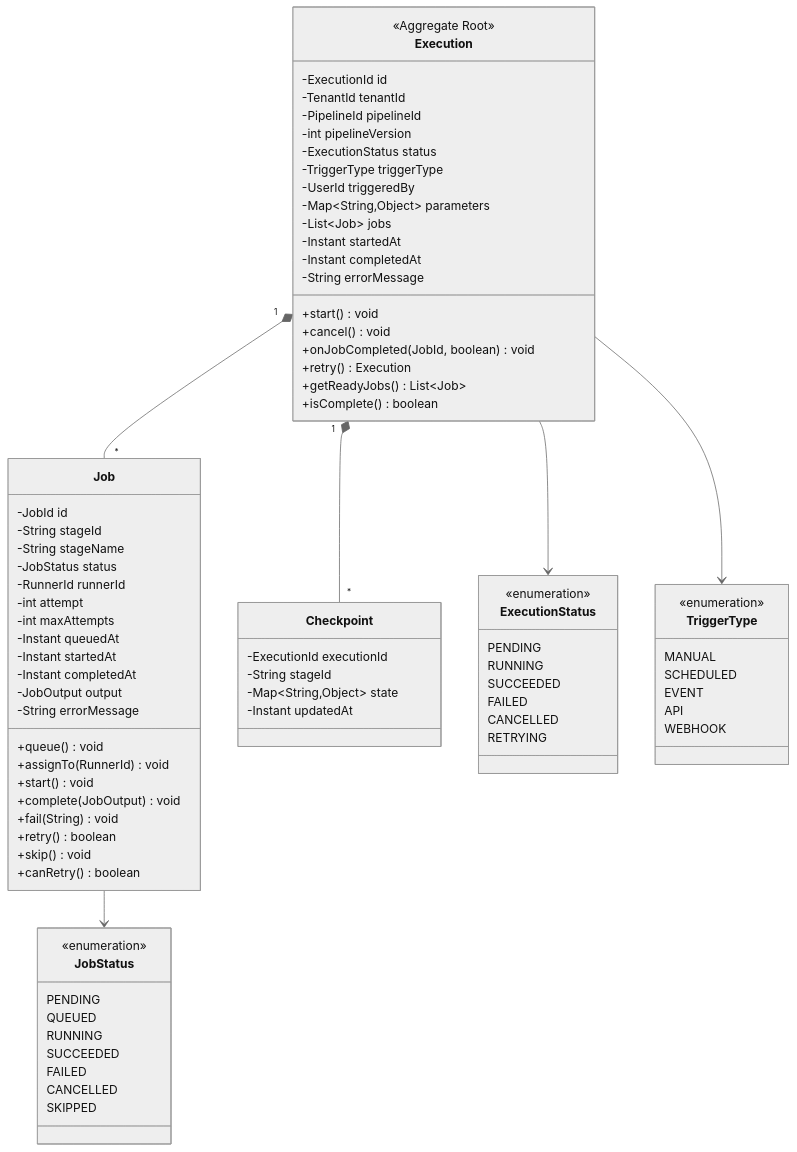
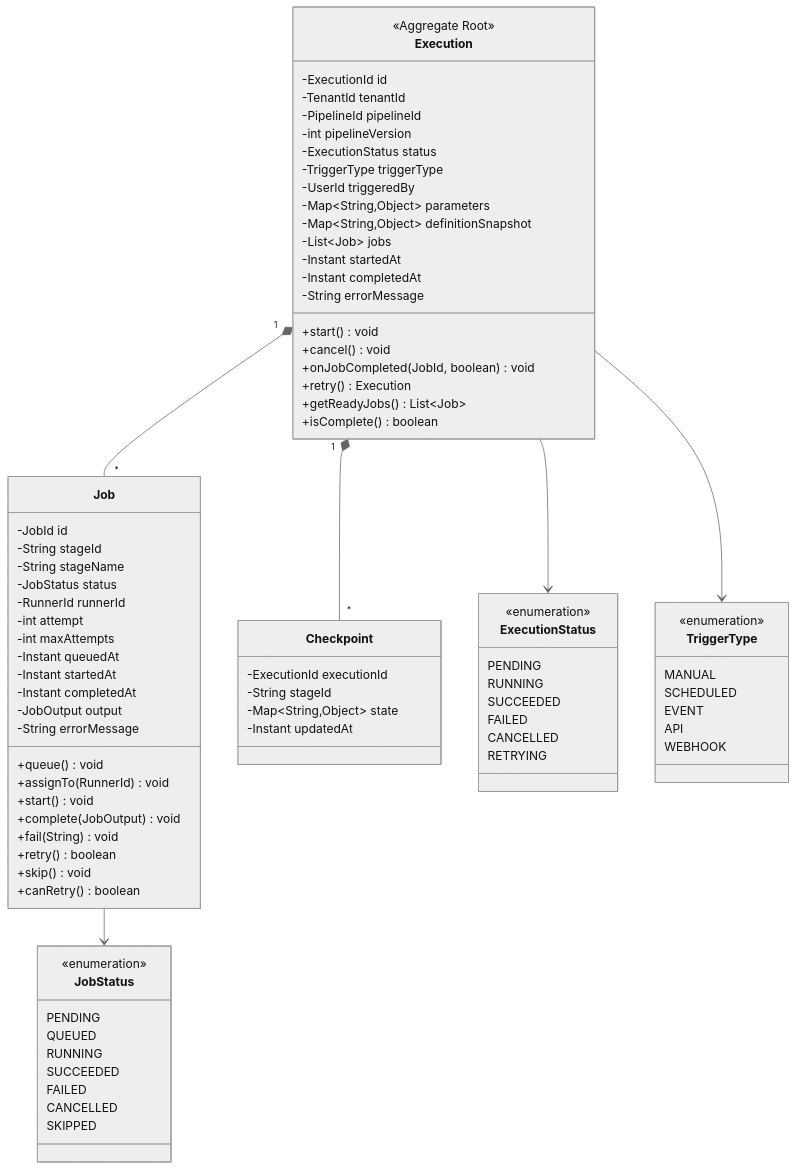
Before and after one commit to Abhishekkumar2021/Pravah: the second of 8 diagrams in docs/lld/05-class-diagrams.md, drawn with Mermaid (neutral theme). The commit also changed 2 other files, not shown here.

Commit message:
docs(execution-service): align LLD with definition_snapshot
- Document executions.definition_snapshot in ERD and execution class sketch
- Declare pravah.job.max-attempts in application.yml (matches JobCreatedProcessingService)

Refs: US-02.01

```diff
--- a/docs/lld/05-class-diagrams.md
+++ b/docs/lld/05-class-diagrams.md
@@ -229,6 +229,7 @@
         -TriggerType triggerType
         -UserId triggeredBy
         -Map~String,Object~ parameters
+        -Map~String,Object~ definitionSnapshot
         -List~Job~ jobs
         -Instant startedAt
         -Instant completedAt
```
